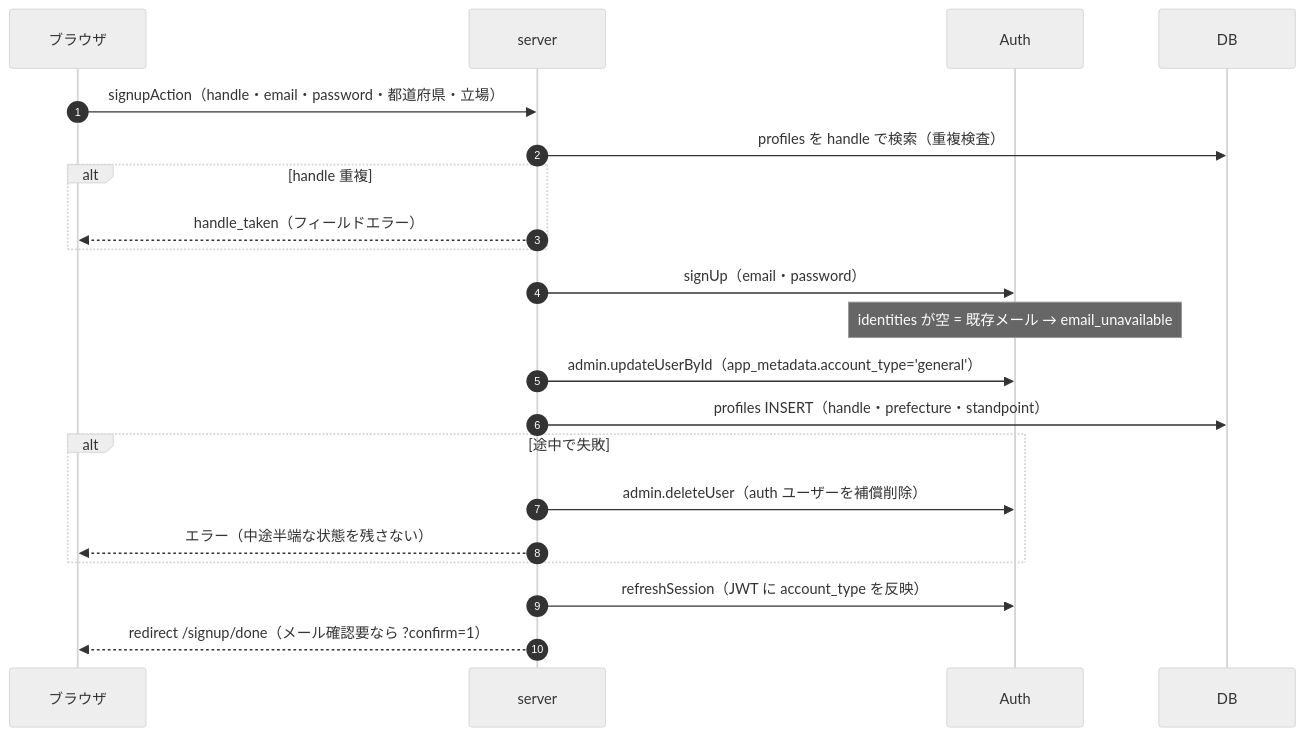
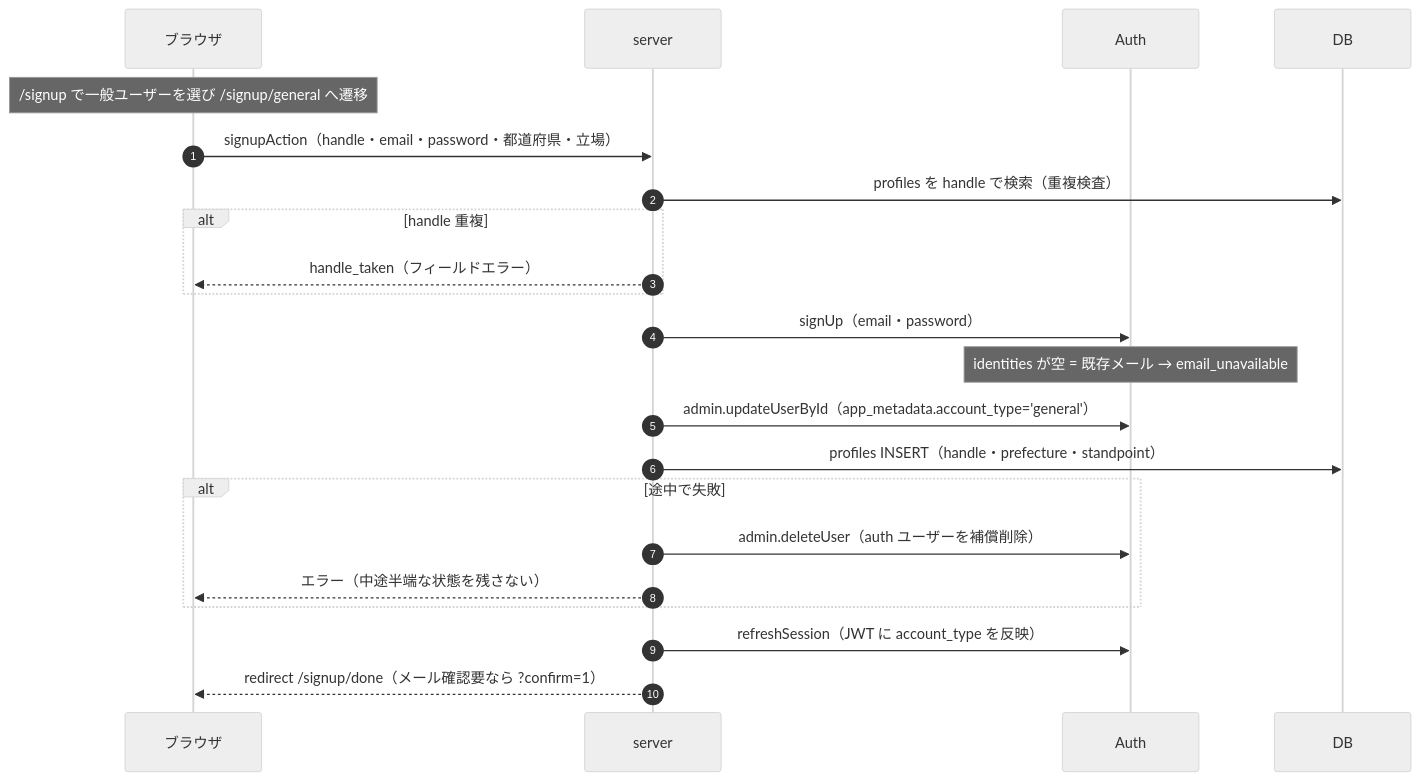
One commit to farmille/farmille changed the sixth of 14 diagrams in docs/rebuild/06-diagrams.md. Above: the diagram before and after it, drawn with Mermaid (neutral theme). The commit also changed other lines of this file and 17 other files, not shown here.

````diff
--- a/docs/rebuild/06-diagrams.md
+++ b/docs/rebuild/06-diagrams.md
@@ -483,24 +483,25 @@
 ```mermaid
 sequenceDiagram
     autonumber
     participant B as ブラウザ
     participant S as server
     participant A as Auth
     participant D as DB
 
+    Note over B: /signup で一般ユーザーを選び /signup/general へ遷移
     B->>S: signupAction（handle・email・password・都道府県・立場）
     S->>D: profiles を handle で検索（重複検査）
     alt handle 重複
         S-->>B: handle_taken（フィールドエラー）
     end
     S->>A: signUp（email・password）
     Note over A: identities が空 = 既存メール → email_unavailable
     S->>A: admin.updateUserById（app_metadata.account_type='general'）
     S->>D: profiles INSERT（handle・prefecture・standpoint）
     alt 途中で失敗
         S->>A: admin.deleteUser（auth ユーザーを補償削除）
         S-->>B: エラー（中途半端な状態を残さない）
     end
     S->>A: refreshSession（JWT に account_type を反映）
     S-->>B: redirect /signup/done（メール確認要なら ?confirm=1）
 ```
````
